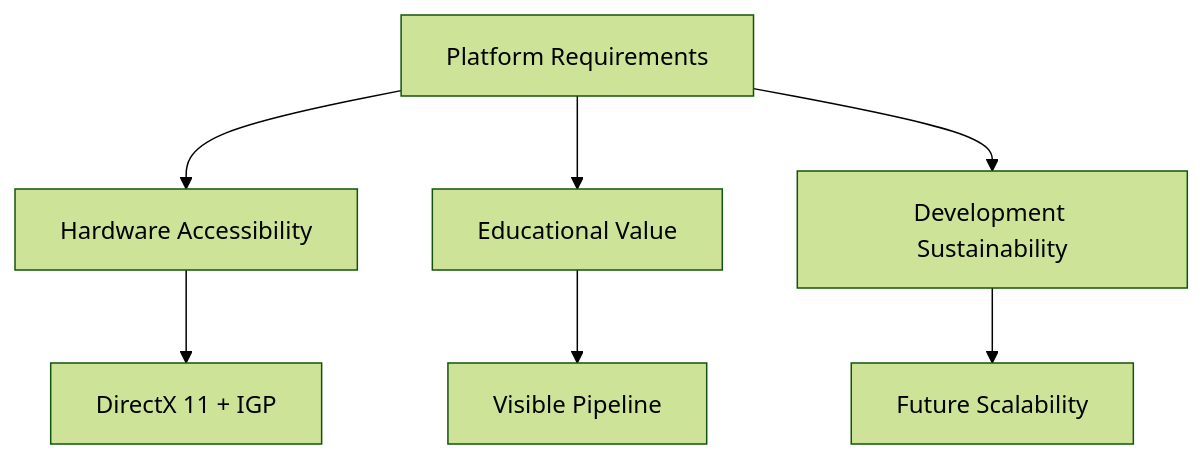
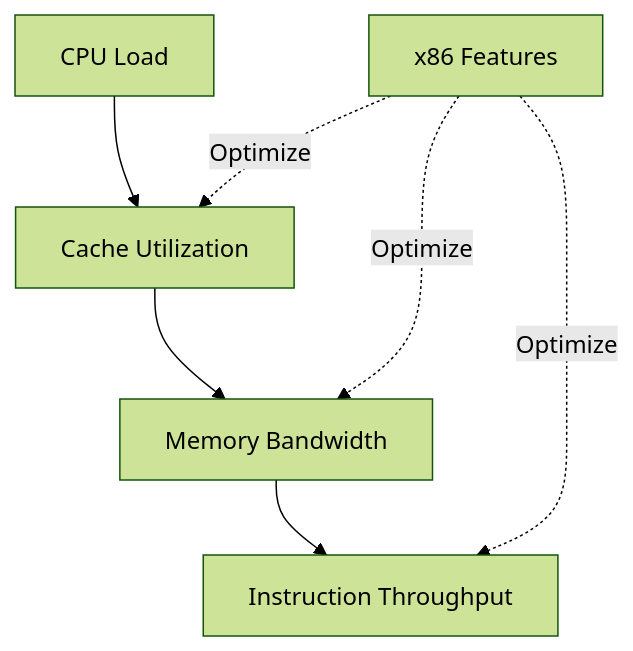
One commit to ariargenta/yashima-engine changed the seventh of 18 diagrams in docs/design/vision-and-scope.md. Above: the diagram before and after it, drawn with Mermaid (forest theme). The commit also changed other lines of this file, not shown here.

````diff
--- a/docs/design/vision-and-scope.md
+++ b/docs/design/vision-and-scope.md
@@ -481,9 +497,10 @@
 ```mermaid
 graph TD
-    A[Platform Requirements] --> B[Hardware Accessibility]
-    A --> C[Educational Value]
-    A --> D[Development Sustainability]
-    B --> E[DirectX 11 + IGP]
-    C --> F[Visible Pipeline]
-    D --> G[Future Scalability]
+    A[CPU Load] --> B[Cache Utilization]
+    B --> C[Memory Bandwidth]
+    C --> D[Instruction Throughput]
+    
+    E[x86 Features] -.->|Optimize| B
+    E -.->|Optimize| C
+    E -.->|Optimize| D
 ```
````
